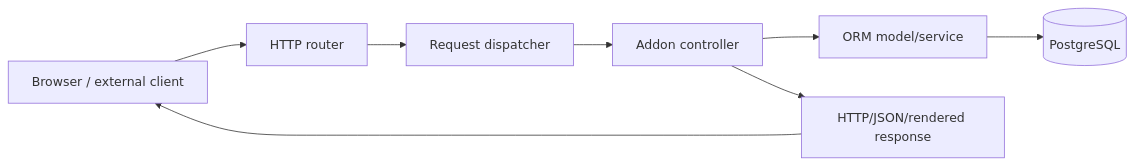
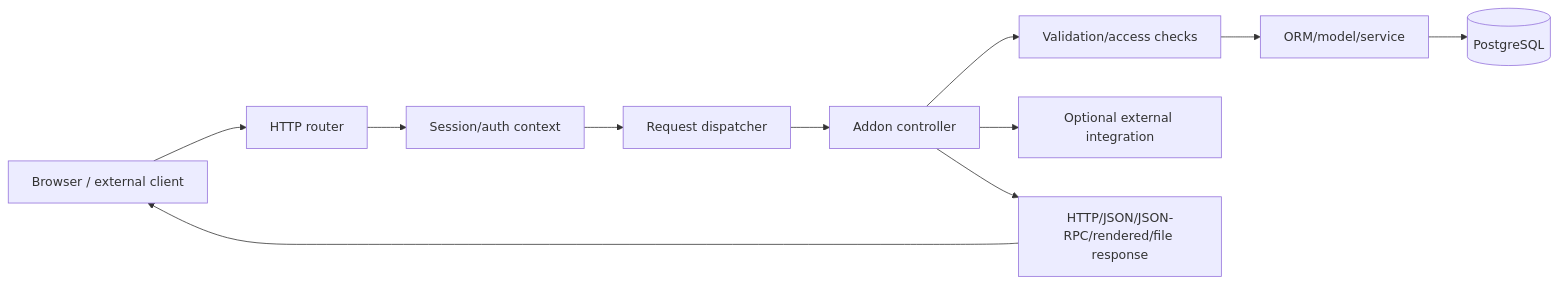
One commit to DrRoot001/odoo changed the diagram in ERP_SYSTEM_DOCUMENTATION/06_API_DOCUMENTATION/API_Architecture.md. Above: the diagram before and after it, drawn with Mermaid. The commit also changed other lines of this file and 9 other files, not shown here.

````diff
--- a/ERP_SYSTEM_DOCUMENTATION/06_API_DOCUMENTATION/API_Architecture.md
+++ b/ERP_SYSTEM_DOCUMENTATION/06_API_DOCUMENTATION/API_Architecture.md
@@ -3,10 +3,13 @@
 ```mermaid
 flowchart LR
   CLIENT[Browser / external client] --> ROUTER[HTTP router]
-  ROUTER --> DISPATCH[Request dispatcher]
+  ROUTER --> SESSION[Session/auth context]
+  SESSION --> DISPATCH[Request dispatcher]
   DISPATCH --> CTRL[Addon controller]
-  CTRL --> MODEL[ORM model/service]
-  MODEL --> DB[(PostgreSQL)]
-  CTRL --> RESP[HTTP/JSON/rendered response]
+  CTRL --> VALIDATE[Validation/access checks]
+  VALIDATE --> SERVICE[ORM/model/service]
+  SERVICE --> DB[(PostgreSQL)]
+  CTRL --> EXT[Optional external integration]
+  CTRL --> RESP[HTTP/JSON/JSON-RPC/rendered/file response]
   RESP --> CLIENT
 ```
````
